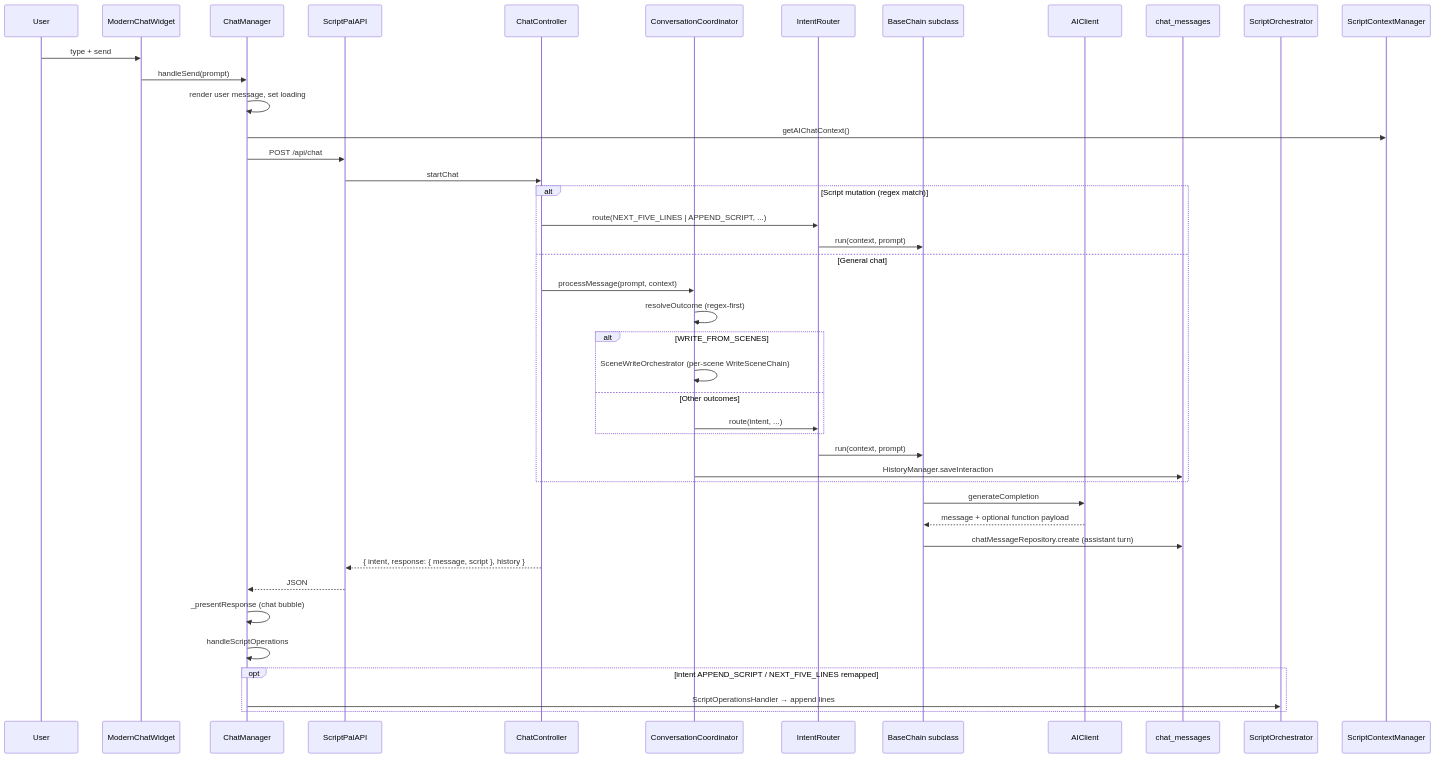
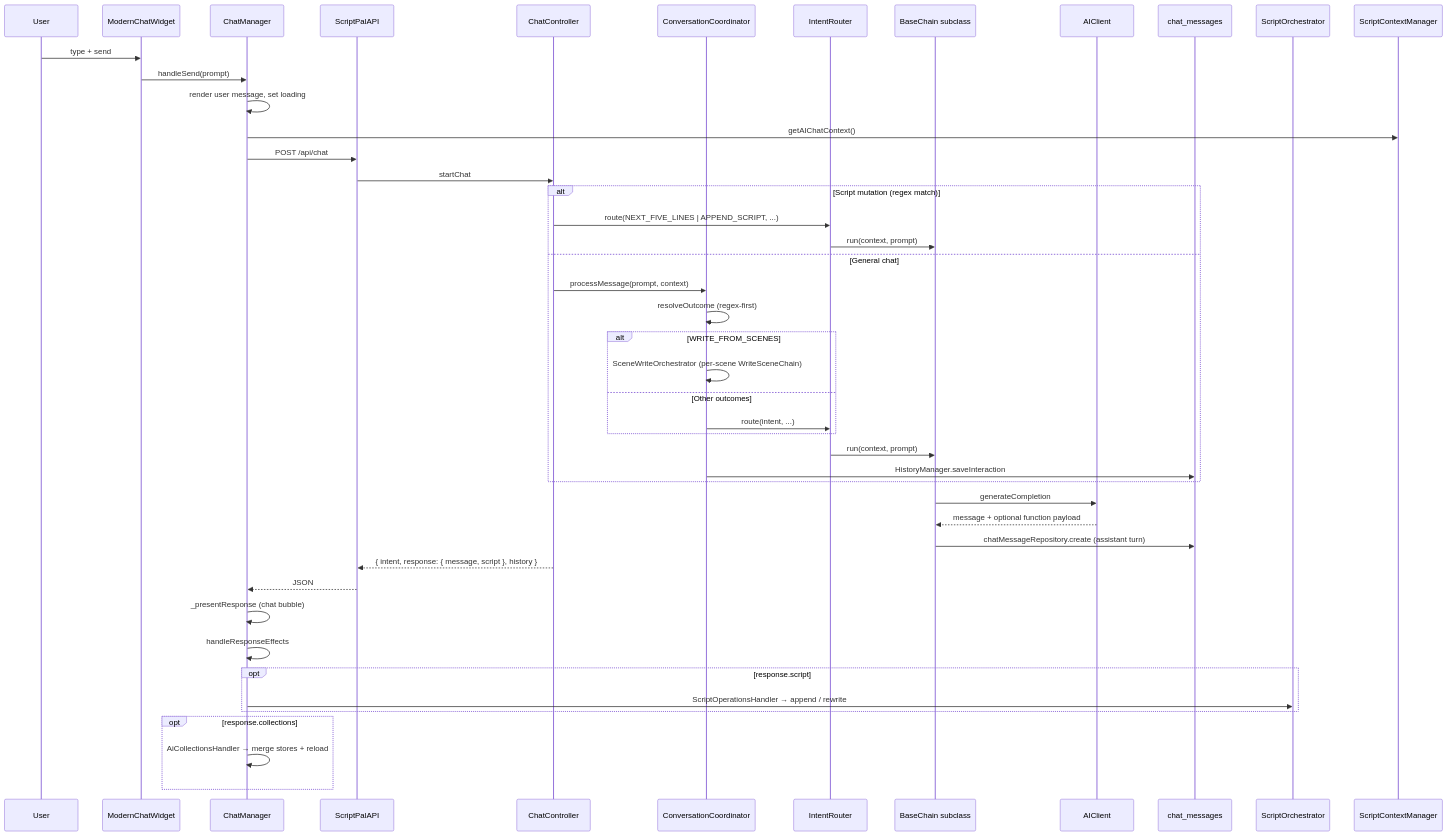
Before and after one commit to nick227/scriptpal: the diagram in docs/ai-conversation-code.md, drawn with Mermaid. The commit also changed other lines of this file and 5 other files, not shown here.

First line of the commit message:
Wire idempotent collections handling into ChatManager.

````diff
--- a/docs/ai-conversation-code.md
+++ b/docs/ai-conversation-code.md
@@ -22,49 +22,52 @@
 ```mermaid
 sequenceDiagram
     participant User
     participant ModernChatWidget
     participant ChatManager
     participant ScriptPalAPI
     participant ChatController
     participant Coordinator as ConversationCoordinator
     participant Router as IntentRouter
     participant Chain as BaseChain subclass
     participant AI as AIClient
     participant DB as chat_messages
     participant Editor as ScriptOrchestrator
 
     User->>ModernChatWidget: type + send
     ModernChatWidget->>ChatManager: handleSend(prompt)
     ChatManager->>ChatManager: render user message, set loading
     ChatManager->>ScriptContextManager: getAIChatContext()
     ChatManager->>ScriptPalAPI: POST /api/chat
     ScriptPalAPI->>ChatController: startChat
 
     alt Script mutation (regex match)
         ChatController->>Router: route(NEXT_FIVE_LINES | APPEND_SCRIPT, ...)
         Router->>Chain: run(context, prompt)
     else General chat
         ChatController->>Coordinator: processMessage(prompt, context)
         Coordinator->>Coordinator: resolveOutcome (regex-first)
         alt WRITE_FROM_SCENES
             Coordinator->>Coordinator: SceneWriteOrchestrator (per-scene WriteSceneChain)
         else Other outcomes
             Coordinator->>Router: route(intent, ...)
         end
         Router->>Chain: run(context, prompt)
         Coordinator->>DB: HistoryManager.saveInteraction
     end
 
     Chain->>AI: generateCompletion
     AI-->>Chain: message + optional function payload
     Chain->>DB: chatMessageRepository.create (assistant turn)
 
     ChatController-->>ScriptPalAPI: { intent, response: { message, script }, history }
     ScriptPalAPI-->>ChatManager: JSON
 
     ChatManager->>ChatManager: _presentResponse (chat bubble)
-    ChatManager->>ChatManager: handleScriptOperations
-    opt intent APPEND_SCRIPT / NEXT_FIVE_LINES remapped
-        ChatManager->>Editor: ScriptOperationsHandler → append lines
+    ChatManager->>ChatManager: handleResponseEffects
+    opt response.script
+        ChatManager->>Editor: ScriptOperationsHandler → append / rewrite
+    end
+    opt response.collections
+        ChatManager->>ChatManager: AiCollectionsHandler → merge stores + reload
     end
 ```
````
